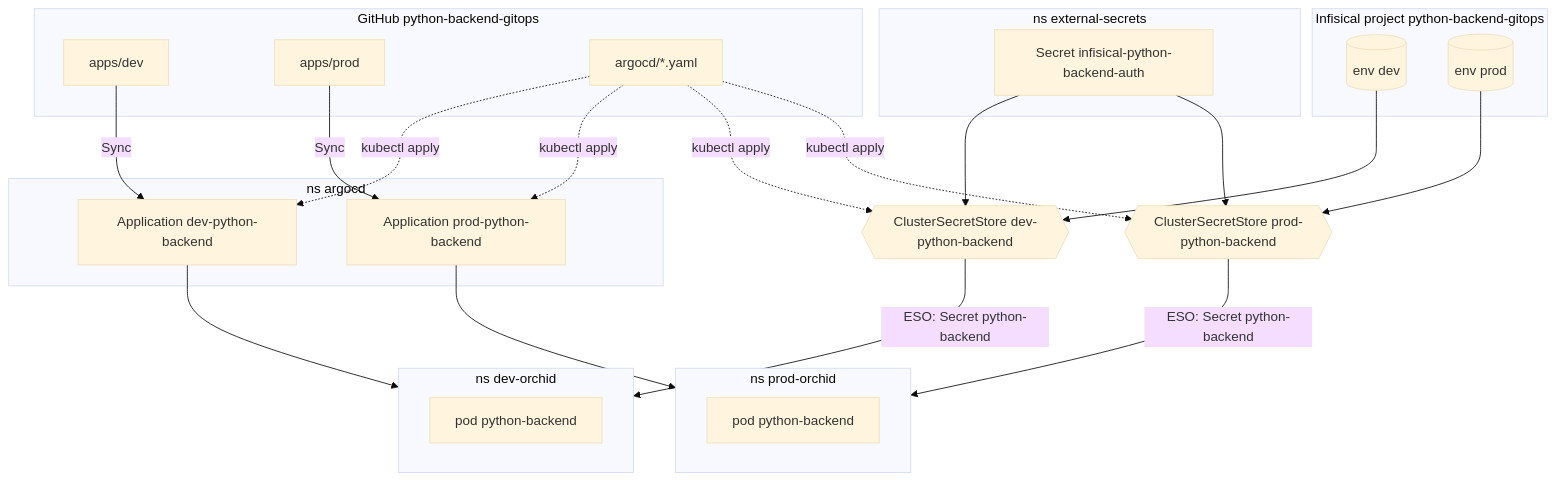
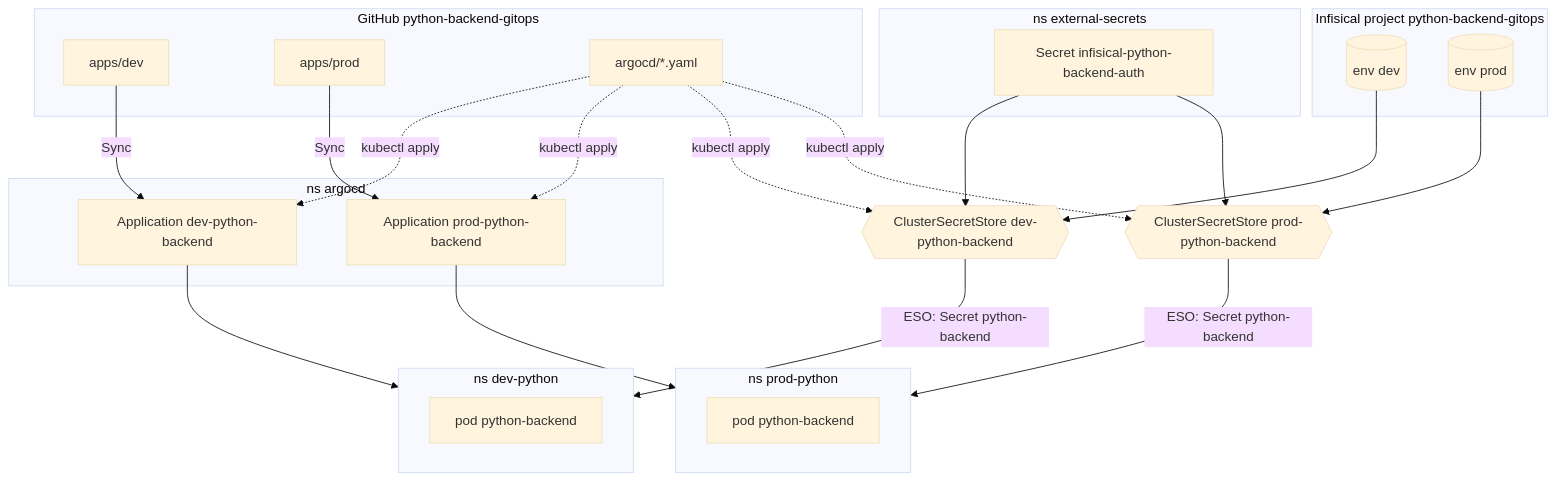
One commit to Everesto-Inc/python-backend-gitops changed the diagram in docs/index.md. Above: the diagram before and after it, drawn with Mermaid (base theme). The commit also changed other lines of this file and 6 other files, not shown here.

Commit message:
namespace per app: dev-python / prod-python

````diff
--- a/docs/index.md
+++ b/docs/index.md
@@ -9,33 +9,33 @@
 ```mermaid
 flowchart TB
   subgraph git[GitHub python-backend-gitops]
     D[apps/dev]
     P[apps/prod]
     A[argocd/*.yaml]
   end
   subgraph inf[Infisical project python-backend-gitops]
     ID[(env dev)]
     IP[(env prod)]
   end
   subgraph argo[ns argocd]
     AD[Application dev-python-backend]
     AP[Application prod-python-backend]
   end
   subgraph es[ns external-secrets]
     L[Secret infisical-python-backend-auth]
   end
   SD{{ClusterSecretStore dev-python-backend}}
   SP{{ClusterSecretStore prod-python-backend}}
-  subgraph nd[ns dev-orchid]
+  subgraph nd[ns dev-python]
     PD[pod python-backend]
   end
-  subgraph np[ns prod-orchid]
+  subgraph np[ns prod-python]
     PP[pod python-backend]
   end
   A -. kubectl apply .-> AD & AP & SD & SP
   D -->|Sync| AD --> nd
   P -->|Sync| AP --> np
   L --> SD & SP
   ID --> SD -->|ESO: Secret python-backend| nd
   IP --> SP -->|ESO: Secret python-backend| np
 ```
````
